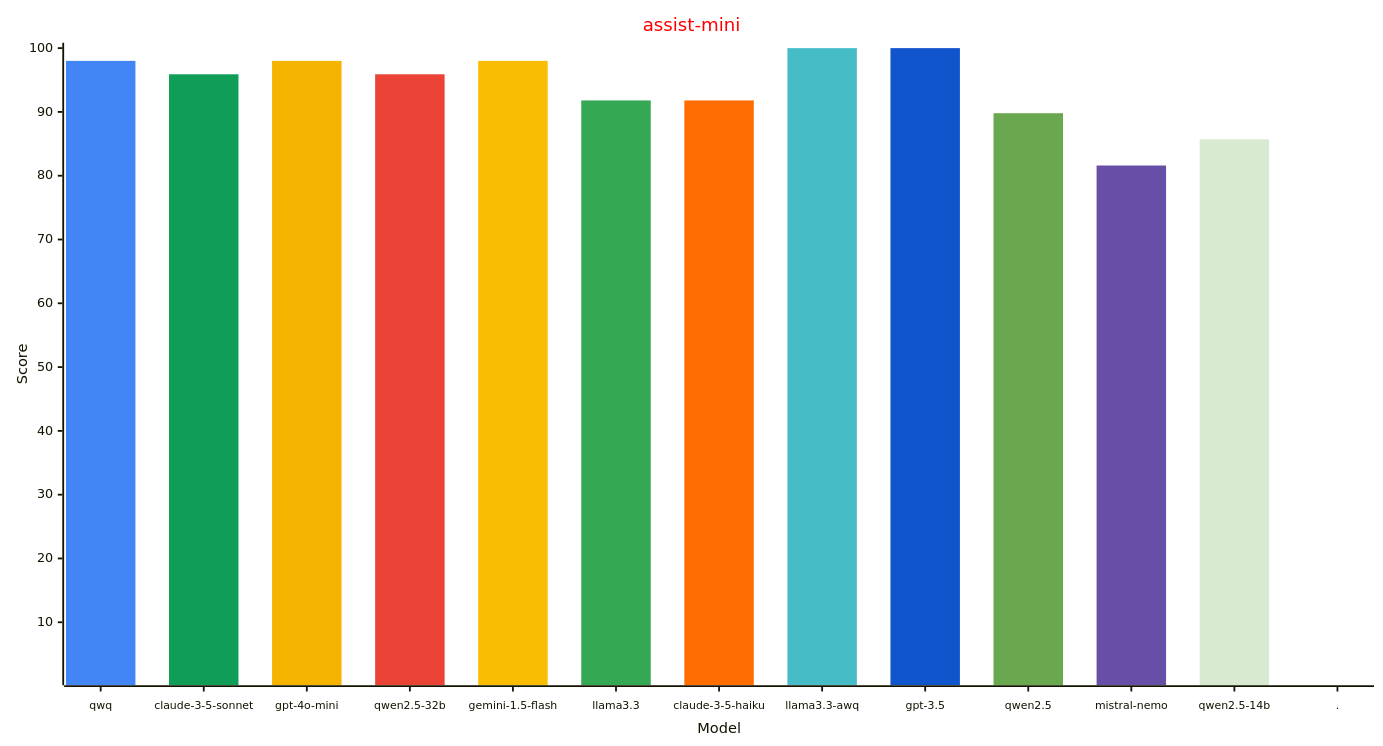
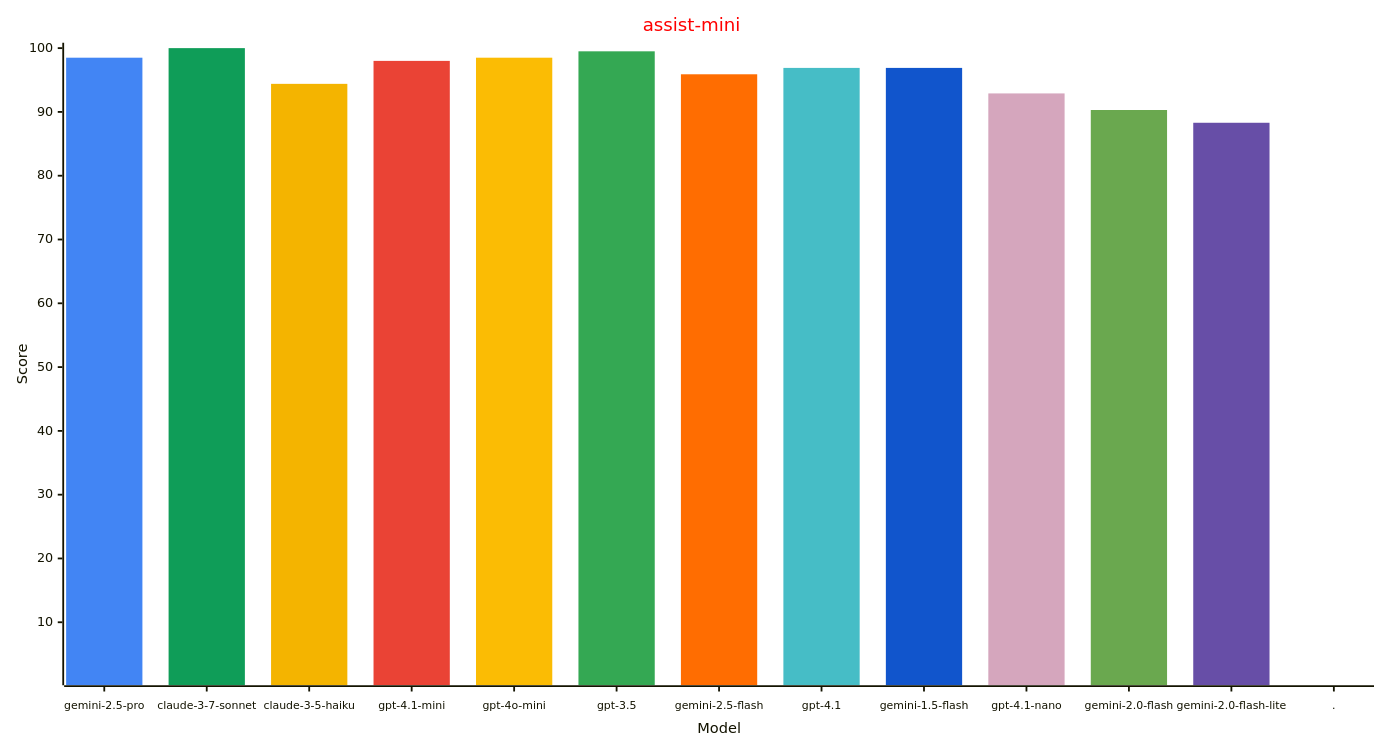
Before and after one commit to allenporter/home-assistant-datasets: the second of 3 diagrams in reports/README.md, drawn with Mermaid. The commit also changed other lines of this file and 1 other file, not shown here.

````diff
--- a/reports/README.md
+++ b/reports/README.md
@@ -94,33 +95,33 @@
 ```mermaid
 ---
 config:
     xyChart:
         width: 1500
         height: 800
         xAxis:
           labelFontSize: 12
           labelPadding: 8
     themeVariables:
         xyChart:
             titleColor: "#ff0000"
-            plotColorPalette: "#4285f4, #0f9d58, #f4b400, #ea4335, #fbbc04, #34a853, #ff6d01, #46bdc6, #1155cc, #6aa84f, #674ea7, #d9ead3, #4285f4"
+            plotColorPalette: "#4285f4, #0f9d58, #f4b400, #ea4335, #fbbc04, #34a853, #ff6d01, #46bdc6, #1155cc, #d5a6bd, #6aa84f, #674ea7, #4285f4"
 
 ---
 xychart-beta
   title "assist-mini"
-  x-axis "Model" [qwq, claude-3-5-sonnet, gpt-4o-mini, qwen2.5-32b, gemini-1.5-flash, llama3.3, claude-3-5-haiku, llama3.3-awq, gpt-3.5, qwen2.5, mistral-nemo, qwen2.5-14b, .]
+  x-axis "Model" [gemini-2.5-pro, claude-3-7-sonnet, claude-3-5-haiku, gpt-4.1-mini, gpt-4o-mini, gpt-3.5, gemini-2.5-flash, gpt-4.1, gemini-1.5-flash, gpt-4.1-nano, gemini-2.0-flash, gemini-2.0-flash-lite, .]
   y-axis "Score" 1 --> 100
-  bar [98.0, 0.0, 0.0, 0.0, 0.0, 0.0, 0.0, 0.0, 0.0, 0.0, 0.0, 0.0, 0.0]
-  bar [0.0, 95.9, 0.0, 0.0, 0.0, 0.0, 0.0, 0.0, 0.0, 0.0, 0.0, 0.0, 0.0]
-  bar [0.0, 0.0, 98.0, 0.0, 0.0, 0.0, 0.0, 0.0, 0.0, 0.0, 0.0, 0.0, 0.0]
-  bar [0.0, 0.0, 0.0, 95.9, 0.0, 0.0, 0.0, 0.0, 0.0, 0.0, 0.0, 0.0, 0.0]
-  bar [0.0, 0.0, 0.0, 0.0, 98.0, 0.0, 0.0, 0.0, 0.0, 0.0, 0.0, 0.0, 0.0]
-  bar [0.0, 0.0, 0.0, 0.0, 0.0, 91.8, 0.0, 0.0, 0.0, 0.0, 0.0, 0.0, 0.0]
-  bar [0.0, 0.0, 0.0, 0.0, 0.0, 0.0, 91.8, 0.0, 0.0, 0.0, 0.0, 0.0, 0.0]
-  bar [0.0, 0.0, 0.0, 0.0, 0.0, 0.0, 0.0, 100.0, 0.0, 0.0, 0.0, 0.0, 0.0]
-  bar [0.0, 0.0, 0.0, 0.0, 0.0, 0.0, 0.0, 0.0, 100.0, 0.0, 0.0, 0.0, 0.0]
-  bar [0.0, 0.0, 0.0, 0.0, 0.0, 0.0, 0.0, 0.0, 0.0, 89.8, 0.0, 0.0, 0.0]
-  bar [0.0, 0.0, 0.0, 0.0, 0.0, 0.0, 0.0, 0.0, 0.0, 0.0, 81.6, 0.0, 0.0]
-  bar [0.0, 0.0, 0.0, 0.0, 0.0, 0.0, 0.0, 0.0, 0.0, 0.0, 0.0, 85.7, 0.0]
+  bar [98.5, 0.0, 0.0, 0.0, 0.0, 0.0, 0.0, 0.0, 0.0, 0.0, 0.0, 0.0, 0.0]
+  bar [0.0, 100.0, 0.0, 0.0, 0.0, 0.0, 0.0, 0.0, 0.0, 0.0, 0.0, 0.0, 0.0]
+  bar [0.0, 0.0, 94.4, 0.0, 0.0, 0.0, 0.0, 0.0, 0.0, 0.0, 0.0, 0.0, 0.0]
+  bar [0.0, 0.0, 0.0, 98.0, 0.0, 0.0, 0.0, 0.0, 0.0, 0.0, 0.0, 0.0, 0.0]
+  bar [0.0, 0.0, 0.0, 0.0, 98.5, 0.0, 0.0, 0.0, 0.0, 0.0, 0.0, 0.0, 0.0]
+  bar [0.0, 0.0, 0.0, 0.0, 0.0, 99.5, 0.0, 0.0, 0.0, 0.0, 0.0, 0.0, 0.0]
+  bar [0.0, 0.0, 0.0, 0.0, 0.0, 0.0, 95.9, 0.0, 0.0, 0.0, 0.0, 0.0, 0.0]
+  bar [0.0, 0.0, 0.0, 0.0, 0.0, 0.0, 0.0, 96.9, 0.0, 0.0, 0.0, 0.0, 0.0]
+  bar [0.0, 0.0, 0.0, 0.0, 0.0, 0.0, 0.0, 0.0, 96.9, 0.0, 0.0, 0.0, 0.0]
+  bar [0.0, 0.0, 0.0, 0.0, 0.0, 0.0, 0.0, 0.0, 0.0, 92.9, 0.0, 0.0, 0.0]
+  bar [0.0, 0.0, 0.0, 0.0, 0.0, 0.0, 0.0, 0.0, 0.0, 0.0, 90.3, 0.0, 0.0]
+  bar [0.0, 0.0, 0.0, 0.0, 0.0, 0.0, 0.0, 0.0, 0.0, 0.0, 0.0, 88.3, 0.0]
   bar [0.0, 0.0, 0.0, 0.0, 0.0, 0.0, 0.0, 0.0, 0.0, 0.0, 0.0, 0.0, -1.0]
 ```
````
